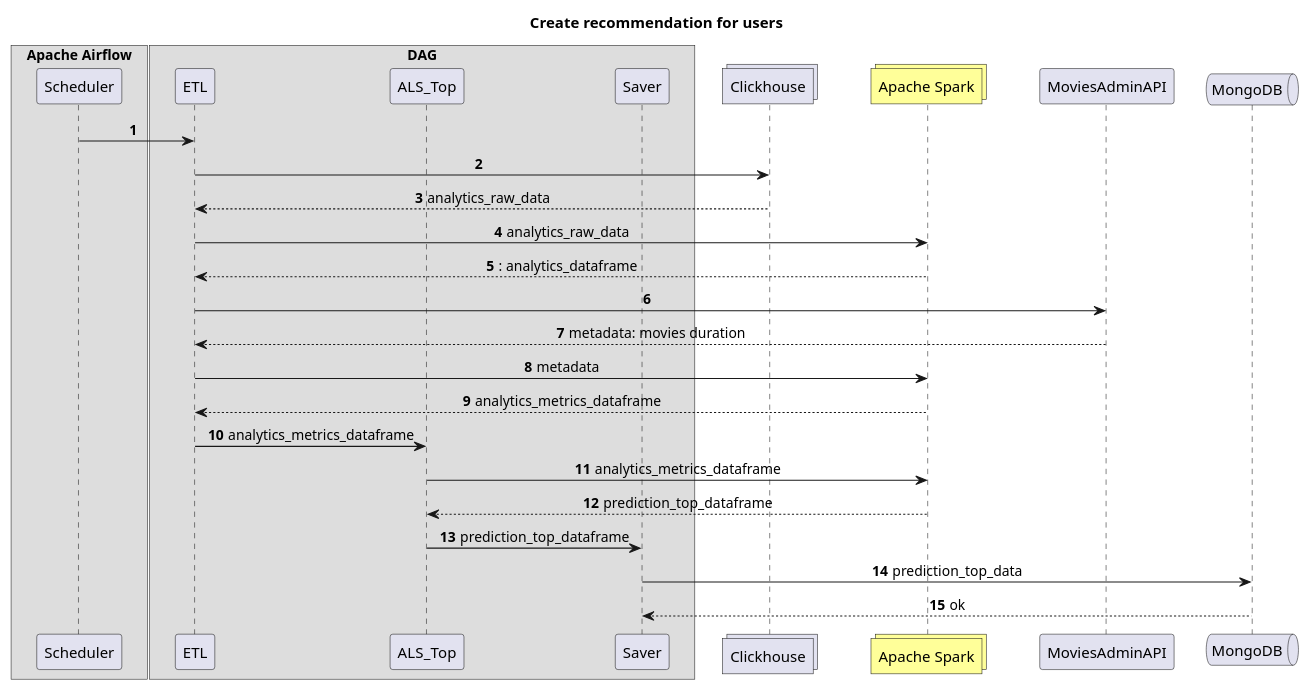
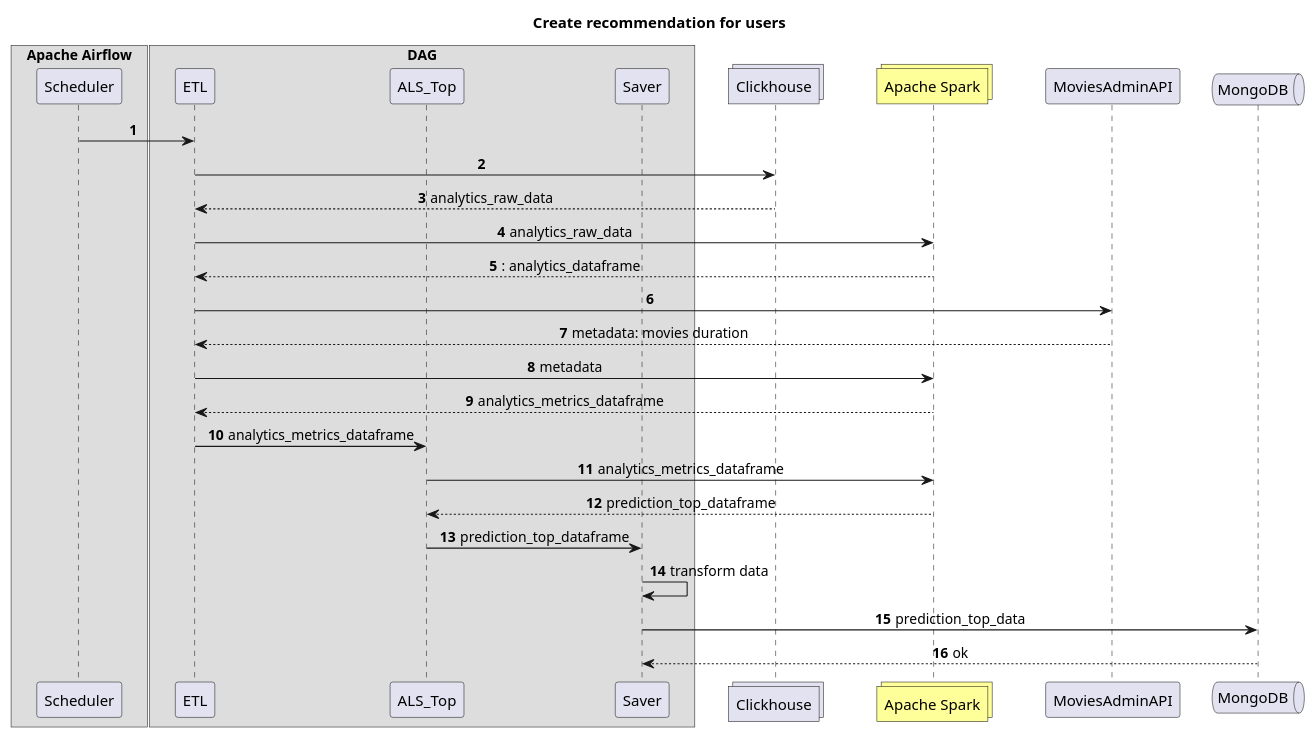
One commit to xh4vm/graduate_work changed the diagram in schemas/recommender_system.puml. Above: the diagram before and after it, drawn with PlantUML. The commit also changed 1 other file, not shown here.

```diff
--- a/schemas/recommender_system.puml
+++ b/schemas/recommender_system.puml
@@ -1,45 +1,46 @@
 @startuml
 autonumber
 skinparam sequence {
 	ParticipantPadding 20
 	MessageAlign center
 	skinparam BoxPadding 20
 }
 
 title Create recommendation for users
 
 box Apache Airflow
 participant Scheduler as sch order 10
 box DAG
 participant ETL as etl order 20
 participant ALS_Top as als order 30
 participant Saver as sv order 35
 end box
 end box
 collections Clickhouse as cl order 40
 collections "Apache Spark" as spark order 41 #FFFF99
 participant MoviesAdminAPI as a_api order 42
 queue MongoDB as mng order 50
 
 sch -> etl
 etl -> cl
 return analytics_raw_data
 
 etl -> spark: analytics_raw_data
 return: analytics_dataframe
 
 etl -> a_api
 return metadata: movies duration
 etl -> spark: metadata
 return analytics_metrics_dataframe
 
 etl -> als: analytics_metrics_dataframe
 als -> spark: analytics_metrics_dataframe
 return prediction_top_dataframe
 
 als -> sv: prediction_top_dataframe
 
+sv -> sv: transform data
 sv -> mng: prediction_top_data
 return ok
 
 @enduml
```
